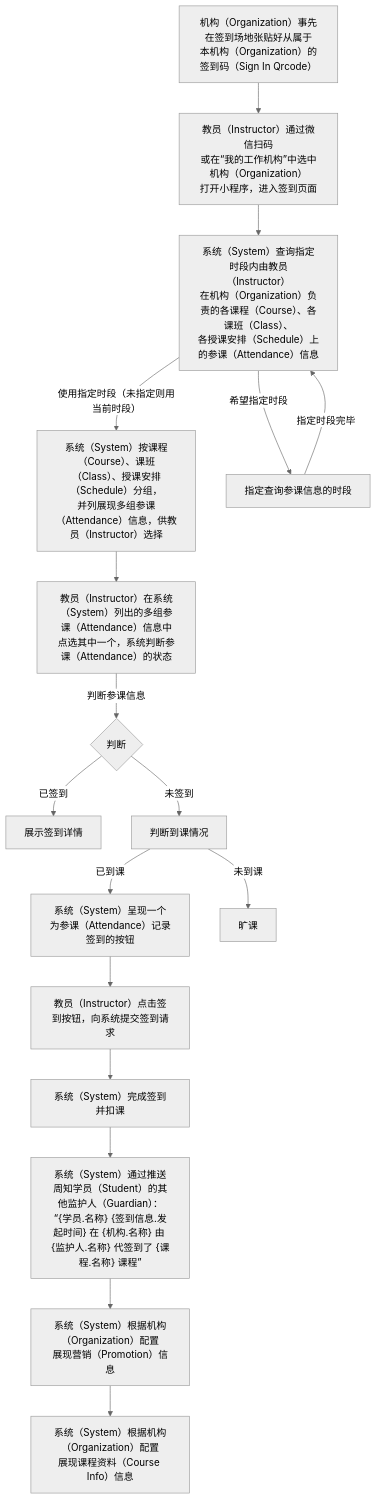
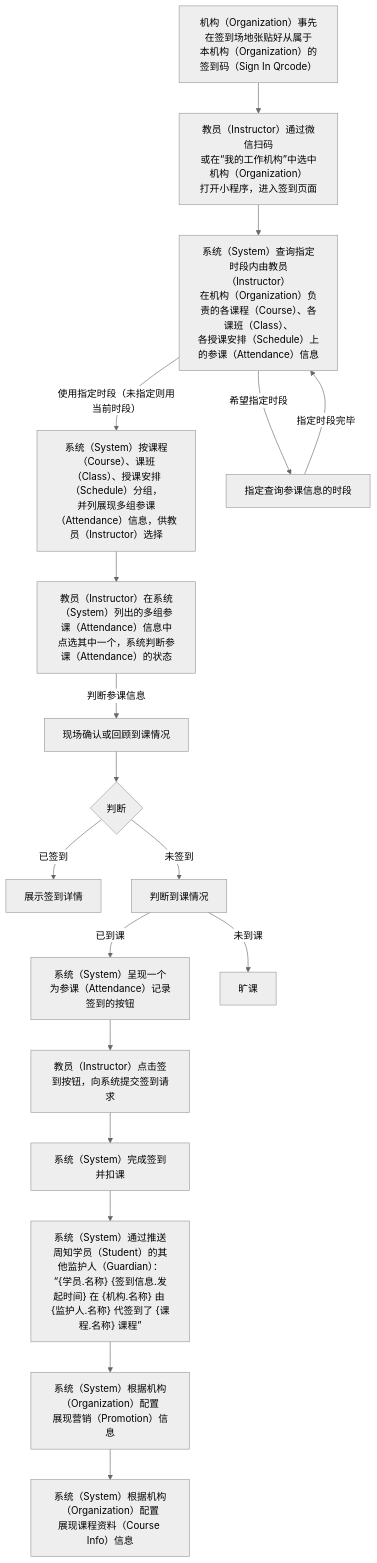
Before and after one commit to world-wide-web/sign: the third of 3 diagrams in 用例/签到.md, drawn with Mermaid (neutral theme). The commit also changed other lines of this file, not shown here.

````diff
--- a/用例/签到.md
+++ b/用例/签到.md
@@ -82,46 +82,47 @@
 ```mermaid
 graph TD
 
 准备签到码-->扫描签到码
 扫描签到码-->列出负责的授课单元
 列出负责的授课单元--"使用指定时段（未指定则用当前时段）"-->展现授课单元下的参课信息
 列出负责的授课单元--希望指定时段-->指定查询参课信息的时段
 指定查询参课信息的时段--指定时段完毕-->列出负责的授课单元
 展现授课单元下的参课信息-->选择参课信息
-选择参课信息--判断参课信息-->判断参课信息
+选择参课信息--判断参课信息-->现场确认或回顾到课情况
+现场确认或回顾到课情况-->判断参课信息
 判断参课信息--已签到-->展示签到详情
 判断参课信息--未签到-->判断到课情况
 判断到课情况--已到课-->呈现签到按钮
 判断到课情况--未到课-->旷课
 呈现签到按钮-->提交签到请求
 提交签到请求-->签到扣课
 签到扣课-->周知签到情况
 周知签到情况-->展示营销信息
 展示营销信息-->展示课程资料
 
 准备签到码["<center>机构（Organization）事先在签到场地张贴好从属于<br>本机构（Organization）的签到码（Sign In Qrcode）</center>"]
 
 扫描签到码["<center>教员（Instructor）通过微信扫码<br>或在“我的工作机构”中选中机构（Organization）<br>打开小程序，进入签到页面</center>"]
 
 列出负责的授课单元["<center>系统（System）查询指定时段内由教员（Instructor）<br>在机构（Organization）负责的各课程（Course）、各课班（Class）、<br>各授课安排（Schedule）上的参课（Attendance）信息"]
 
 指定查询参课信息的时段
 
 展现授课单元下的参课信息["<center>系统（System）按课程（Course）、课班（Class）、授课安排（Schedule）分组，<br>并列展现多组参课（Attendance）信息，供教员（Instructor）选择</center>"]
 
 选择参课信息["<center>教员（Instructor）在系统（System）列出的多组参课（Attendance）信息中<br>点选其中一个，系统判断参课（Attendance）的状态</center>"]
 
 判断参课信息{"<center>判断</center>"}
 
 呈现签到按钮["<center>系统（System）呈现一个为参课（Attendance）记录签到的按钮</center>"]
 
 提交签到请求["<center>教员（Instructor）点击签到按钮，向系统提交签到请求</center>"]
 
 签到扣课["<center>系统（System）完成签到并扣课</center>"]
 
 周知签到情况["<center>系统（System）通过推送周知学员（Student）的其他监护人（Guardian）：<br>“{学员.名称} {签到信息.发起时间} 在 {机构.名称} 由 {监护人.名称} 代签到了 {课程.名称} 课程”</center>"]
 
 展示营销信息["<center>系统（System）根据机构（Organization）配置<br>展现营销（Promotion）信息</center>"]
 
 展示课程资料["<center>系统（System）根据机构（Organization）配置<br>展现课程资料（Course Info）信息</center>"]
 ```
````
